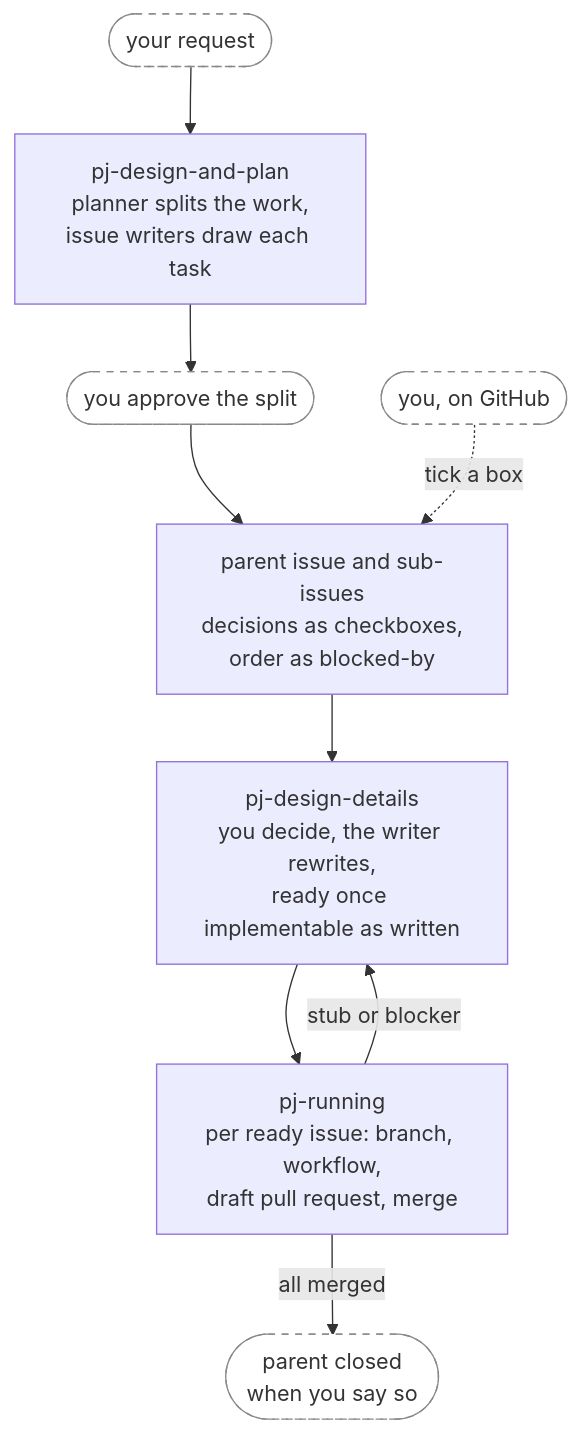
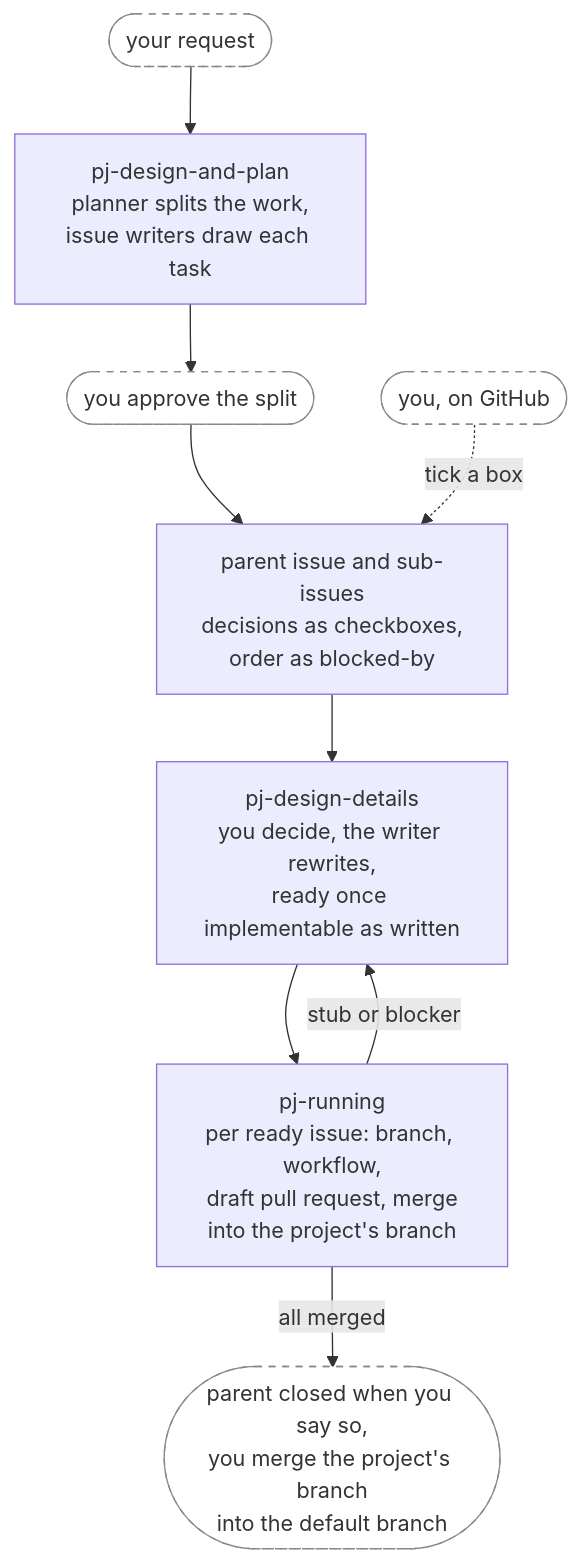
One commit to annetaan/claude-plugins changed the second of 3 diagrams in plugins/annetaan/README.md. Above: the diagram before and after it, drawn with Mermaid. The commit also changed other lines of this file and 11 other files, not shown here.

First line of the commit message:
feat: merge pj projects into a per-project base branch (#7)

````diff
--- a/plugins/annetaan/README.md
+++ b/plugins/annetaan/README.md
@@ -123,14 +127,14 @@
 ```mermaid
 flowchart TD
     req(["your request"]) --> plan["pj-design-and-plan<br/>planner splits the work,<br/>issue writers draw each task"]
     plan --> approve(["you approve the split"]) --> filed["parent issue and sub-issues<br/>decisions as checkboxes,<br/>order as blocked-by"]
     filed --> details["pj-design-details<br/>you decide, the writer rewrites,<br/>ready once implementable as written"]
-    details --> run["pj-running<br/>per ready issue: branch, workflow,<br/>draft pull request, merge"]
+    details --> run["pj-running<br/>per ready issue: branch, workflow,<br/>draft pull request, merge<br/>into the project's branch"]
     run -->|"stub or blocker"| details
-    run -->|"all merged"| done(["parent closed<br/>when you say so"])
+    run -->|"all merged"| done(["parent closed when you say so,<br/>you merge the project's branch<br/>into the default branch"])
 
     you(["you, on GitHub"]) -.->|"tick a box"| filed
 
     classDef human fill:#fff,stroke:#888,stroke-dasharray: 5 5
     class req,approve,you,done human
 ```
````
